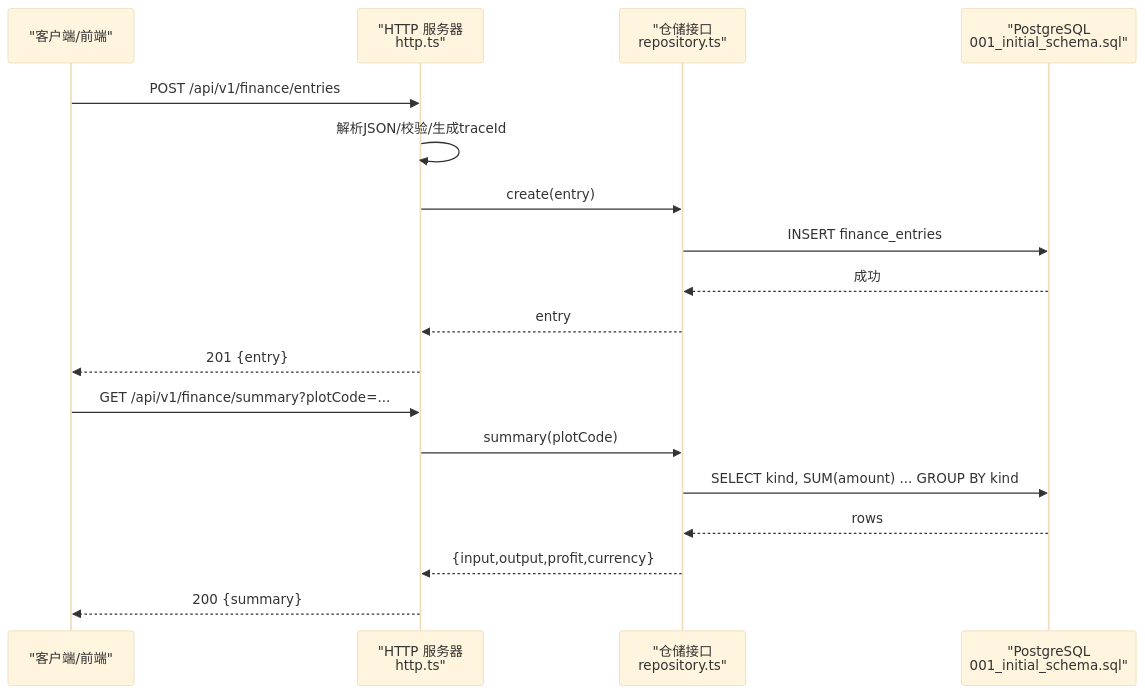
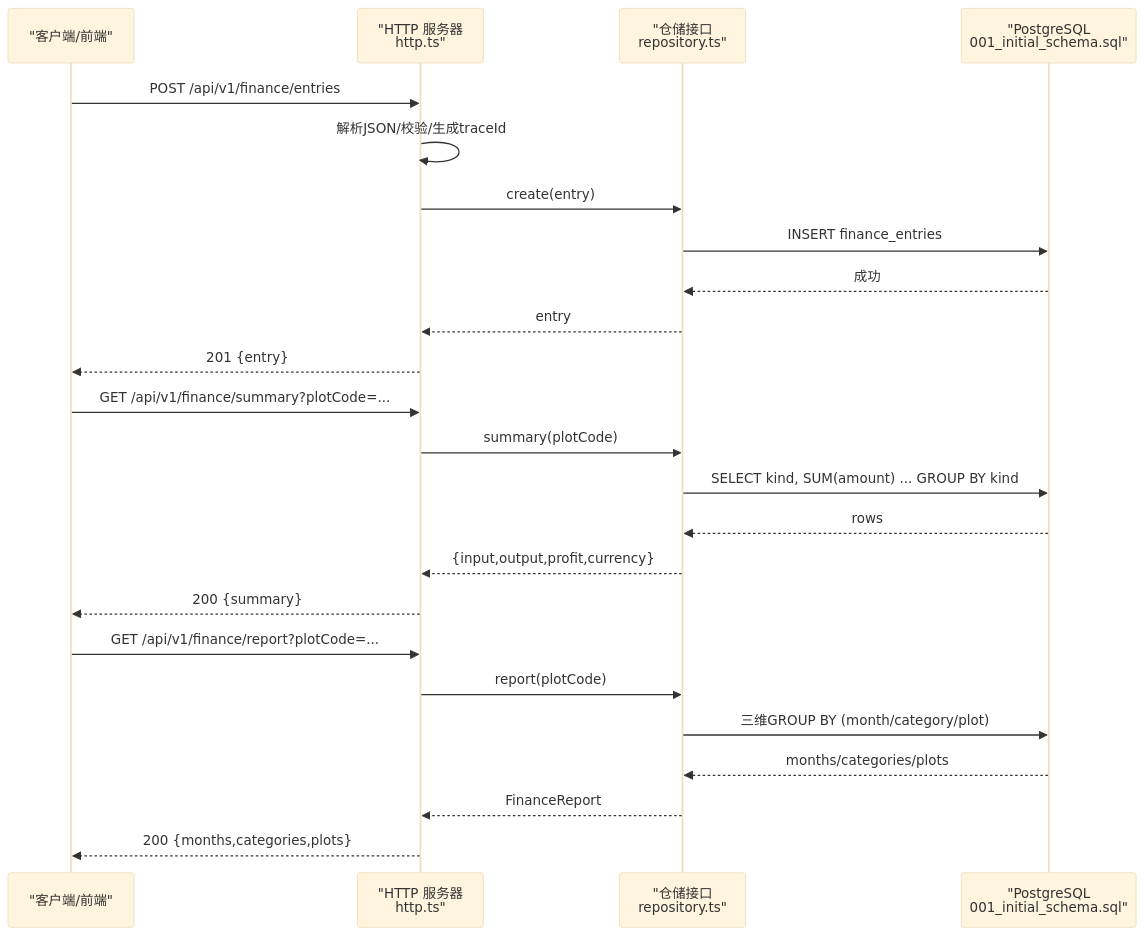
The second of 11 diagrams in .qoder/repowiki/zh/content/核心服务文档/财务管理服务.md (q446328246/agri-platform), drawn with Mermaid (base theme) before and after one commit. The commit also changed other lines of this file and 52 other files, not shown here.

````diff
--- a/.qoder/repowiki/zh/content/核心服务文档/财务管理服务.md
+++ b/.qoder/repowiki/zh/content/核心服务文档/财务管理服务.md
@@ -83,20 +91,26 @@
 ```mermaid
 sequenceDiagram
 participant Client as "客户端/前端"
 participant HTTP as "HTTP 服务器<br/>http.ts"
 participant Repo as "仓储接口<br/>repository.ts"
 participant SQL as "PostgreSQL<br/>001_initial_schema.sql"
 Client->>HTTP : POST /api/v1/finance/entries
 HTTP->>HTTP : 解析JSON/校验/生成traceId
 HTTP->>Repo : create(entry)
 Repo->>SQL : INSERT finance_entries
 SQL-->>Repo : 成功
 Repo-->>HTTP : entry
 HTTP-->>Client : 201 {entry}
 Client->>HTTP : GET /api/v1/finance/summary?plotCode=...
 HTTP->>Repo : summary(plotCode)
 Repo->>SQL : SELECT kind, SUM(amount) ... GROUP BY kind
 SQL-->>Repo : rows
 Repo-->>HTTP : {input,output,profit,currency}
 HTTP-->>Client : 200 {summary}
+Client->>HTTP : GET /api/v1/finance/report?plotCode=...
+HTTP->>Repo : report(plotCode)
+Repo->>SQL : 三维GROUP BY (month/category/plot)
+SQL-->>Repo : months/categories/plots
+Repo-->>HTTP : FinanceReport
+HTTP-->>Client : 200 {months,categories,plots}
 ```
````
